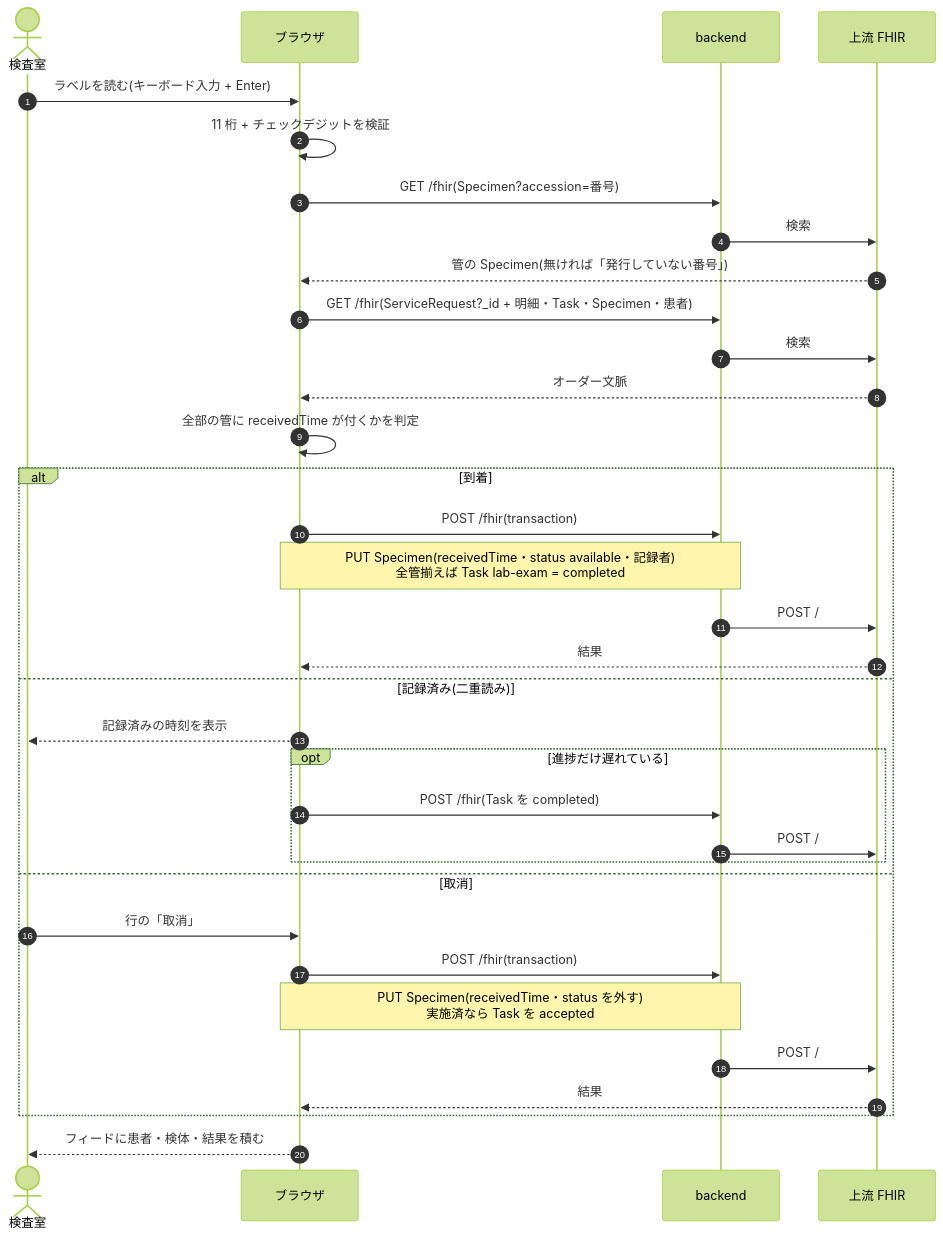
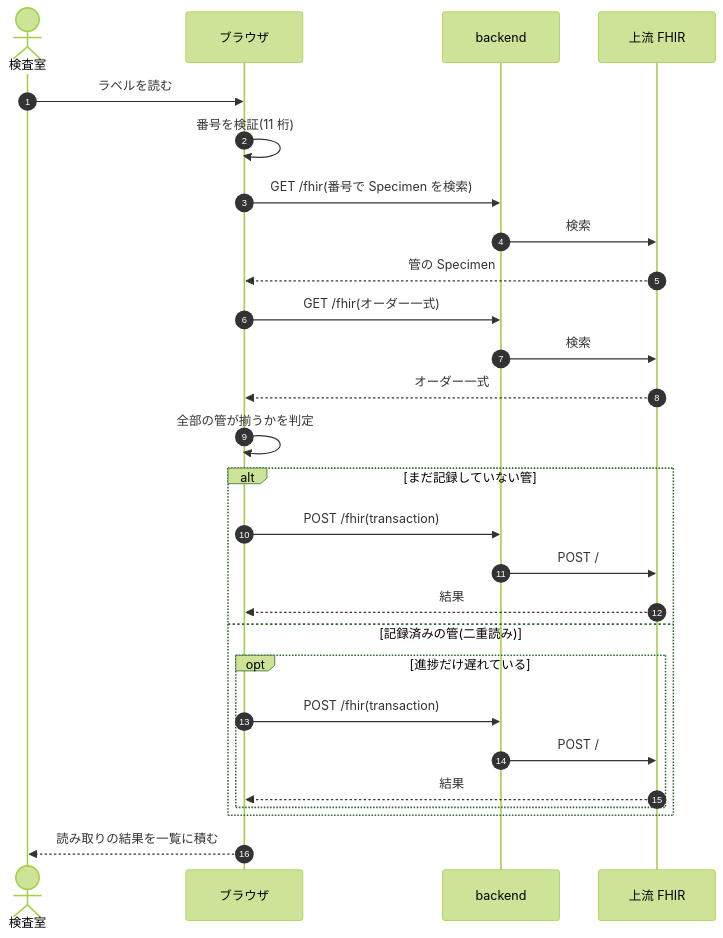
The sixth of 14 diagrams in docs/dev/lab.md (ysnr-dev/fhir-client-docs), drawn with Mermaid (forest theme) before and after one commit. The commit also changed other lines of this file and 43 other files, not shown here.

Commit message:
docs: 業務フローとシーケンス図を写し直し

````diff
--- a/docs/dev/lab.md
+++ b/docs/dev/lab.md
@@ -151,37 +264,30 @@
 ```mermaid
 sequenceDiagram
   autonumber
   actor Tech as 検査室
   participant UI as ブラウザ
   participant BE as backend
   participant FHIR as 上流 FHIR
 
-  Tech->>UI: ラベルを読む(キーボード入力 + Enter)
-  UI->>UI: 11 桁 + チェックデジットを検証
-  UI->>BE: GET /fhir(Specimen?accession=番号)
+  Tech->>UI: ラベルを読む
+  UI->>UI: 番号を検証(11 桁)
+  UI->>BE: GET /fhir(番号で Specimen を検索)
   BE->>FHIR: 検索
-  FHIR-->>UI: 管の Specimen(無ければ「発行していない番号」)
-  UI->>BE: GET /fhir(ServiceRequest?_id + 明細・Task・Specimen・患者)
+  FHIR-->>UI: 管の Specimen
+  UI->>BE: GET /fhir(オーダー一式)
   BE->>FHIR: 検索
-  FHIR-->>UI: オーダー文脈
-  UI->>UI: 全部の管に receivedTime が付くかを判定
-  alt 到着
+  FHIR-->>UI: オーダー一式
+  UI->>UI: 全部の管が揃うかを判定
+  alt まだ記録していない管
     UI->>BE: POST /fhir(transaction)
-    Note over UI,BE: PUT Specimen(receivedTime・status available・記録者)<br/>全管揃えば Task lab-exam = completed
     BE->>FHIR: POST /
     FHIR-->>UI: 結果
-  else 記録済み(二重読み)
-    UI-->>Tech: 記録済みの時刻を表示
+  else 記録済みの管(二重読み)
     opt 進捗だけ遅れている
-      UI->>BE: POST /fhir(Task を completed)
+      UI->>BE: POST /fhir(transaction)
       BE->>FHIR: POST /
+      FHIR-->>UI: 結果
     end
-  else 取消
-    Tech->>UI: 行の「取消」
-    UI->>BE: POST /fhir(transaction)
-    Note over UI,BE: PUT Specimen(receivedTime・status を外す)<br/>実施済なら Task を accepted
-    BE->>FHIR: POST /
-    FHIR-->>UI: 結果
   end
-  UI-->>Tech: フィードに患者・検体・結果を積む
+  UI-->>Tech: 読み取りの結果を一覧に積む
 ```
````
